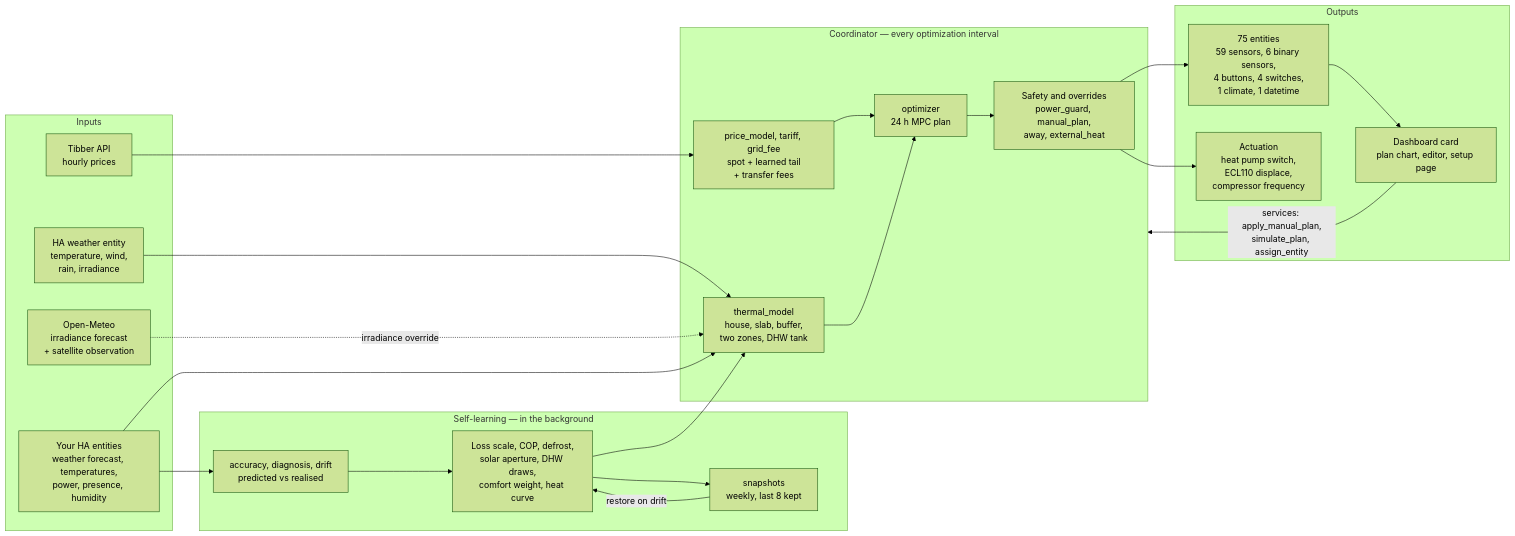
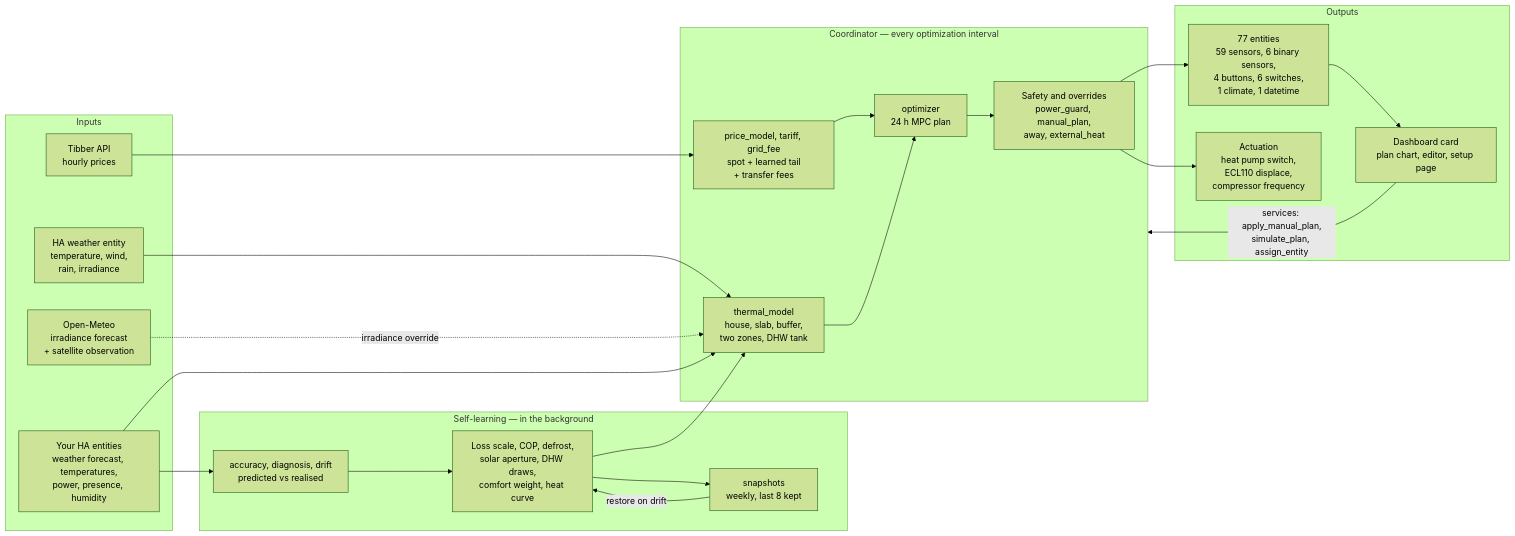
One commit to tvofi/heatpump_optimizer changed the diagram in docs/architecture.md. Above: the diagram before and after it, drawn with Mermaid (forest theme). The commit also changed other lines of this file and 15 other files, not shown here.

````diff
--- a/docs/architecture.md
+++ b/docs/architecture.md
@@ -14,45 +14,45 @@
 ```mermaid
 flowchart LR
     subgraph inputs["Inputs"]
         tibber["Tibber API<br/>hourly prices"]
         weather["HA weather entity<br/>temperature, wind,<br/>rain, irradiance"]
         meteo["Open-Meteo<br/>irradiance forecast<br/>+ satellite observation"]
         ha["Your HA entities<br/>weather forecast, temperatures,<br/>power, presence, humidity"]
     end
 
     subgraph brain["Coordinator — every optimization interval"]
         pm["price_model, tariff, grid_fee<br/>spot + learned tail<br/>+ transfer fees"]
         tm["thermal_model<br/>house, slab, buffer,<br/>two zones, DHW tank"]
         opt["optimizer<br/>24 h MPC plan"]
         guard["Safety and overrides<br/>power_guard, manual_plan,<br/>away, external_heat"]
     end
 
     subgraph learn["Self-learning — in the background"]
         acc["accuracy, diagnosis, drift<br/>predicted vs realised"]
         learners["Loss scale, COP, defrost,<br/>solar aperture, DHW draws,<br/>comfort weight, heat curve"]
         snap["snapshots<br/>weekly, last 8 kept"]
     end
 
     subgraph out["Outputs"]
-        ent["75 entities<br/>59 sensors, 6 binary sensors,<br/>4 buttons, 4 switches,<br/>1 climate, 1 datetime"]
+        ent["77 entities<br/>59 sensors, 6 binary sensors,<br/>4 buttons, 6 switches,<br/>1 climate, 1 datetime"]
         card["Dashboard card<br/>plan chart, editor, setup page"]
         ctl["Actuation<br/>heat pump switch,<br/>ECL110 displace,<br/>compressor frequency"]
     end
 
     tibber --> pm
     weather --> tm
     meteo -. "irradiance override" .-> tm
     ha --> tm
     ha --> acc
     pm --> opt
     tm --> opt
     opt --> guard
     guard --> ent
     guard --> ctl
     ent --> card
     card -- "services: apply_manual_plan,<br/>simulate_plan, assign_entity" --> brain
     acc --> learners
     learners --> tm
     learners --> snap
     snap -- "restore on drift" --> learners
 ```
````
